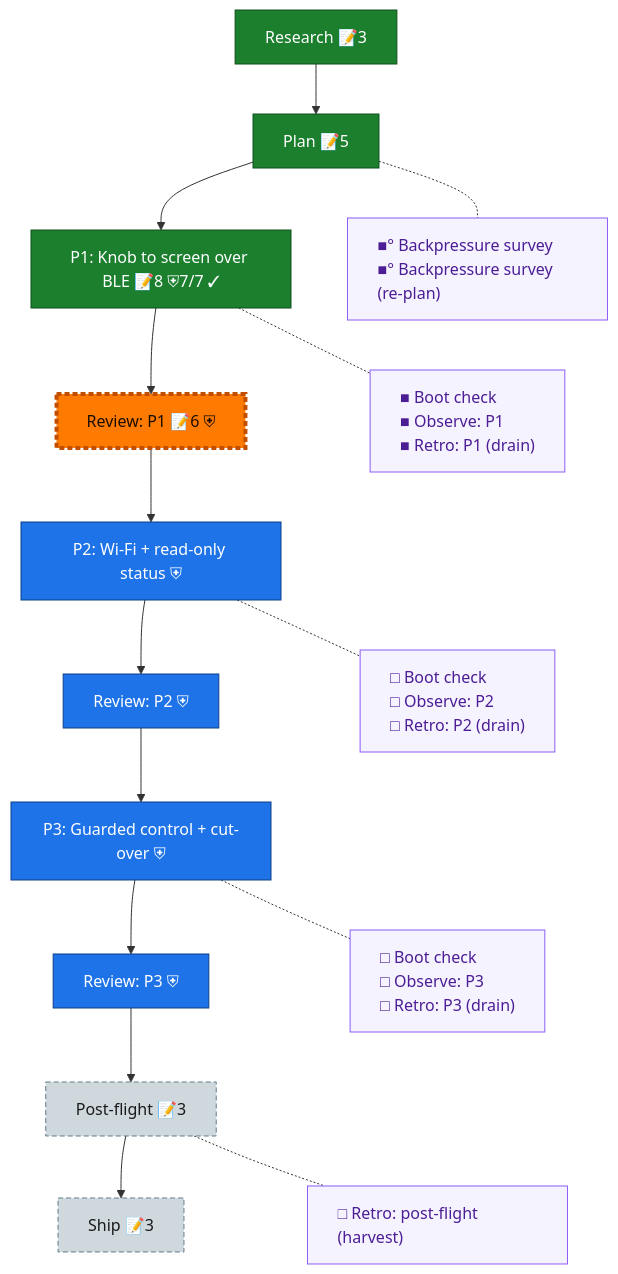
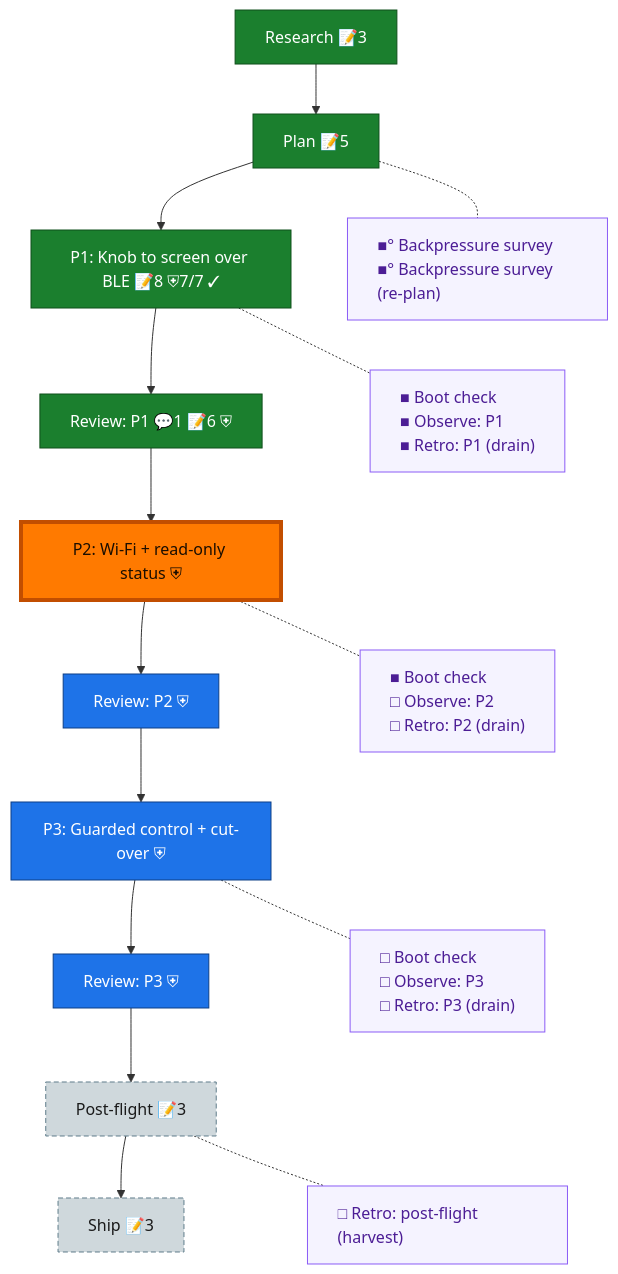
The diagram in docs/plans/002-esp32-bridge/the-flow.md (vaughanknight/bluos-knob), drawn with Mermaid before and after one commit. The commit also changed other lines of this file and 25 other files, not shown here.

First line of the commit message:
feat(firmware): Wi-Fi config store, serial console, read-only BluOS poller, screen v2; just fw-wifi

````diff
--- a/docs/plans/002-esp32-bridge/the-flow.md
+++ b/docs/plans/002-esp32-bridge/the-flow.md
@@ -8,38 +8,39 @@
 ```mermaid
 flowchart TD
     research["Research 📝3"]:::done
     plan["Plan 📝5"]:::done
     phase_1["P1: Knob to screen over BLE 📝8 ⛨7/7 ✓"]:::done
-    review_1["Review: P1 📝6 ⛨"]:::assumed
-    phase_2["P2: Wi-Fi + read-only status ⛨"]:::known
+    review_1["Review: P1 💬1 📝6 ⛨"]:::done
+    phase_2["P2: Wi-Fi + read-only status ⛨"]:::wip
     review_2["Review: P2 ⛨"]:::known
     phase_3["P3: Guarded control + cut-over ⛨"]:::known
     review_3["Review: P3 ⛨"]:::known
     post_flight["Post-flight 📝3"]:::assumed
     ship["Ship 📝3"]:::assumed
 
     research --> plan --> phase_1 --> review_1 --> phase_2 --> review_2 --> phase_3 --> review_3 --> post_flight --> ship
 
     planC["■° Backpressure survey<br/>■° Backpressure survey (re-plan)"]:::chore
     phase_1C["■ Boot check<br/>■ Observe: P1<br/>■ Retro: P1 (drain)"]:::chore
-    phase_2C["□ Boot check<br/>□ Observe: P2<br/>□ Retro: P2 (drain)"]:::chore
+    phase_2C["■ Boot check<br/>□ Observe: P2<br/>□ Retro: P2 (drain)"]:::chore
     phase_3C["□ Boot check<br/>□ Observe: P3<br/>□ Retro: P3 (drain)"]:::chore
     post_flightC["□ Retro: post-flight (harvest)"]:::chore
 
     %% invisible chain holds the gutter boxes in their own column
     planC ~~~ phase_1C ~~~ phase_2C ~~~ phase_3C ~~~ post_flightC
 
     %% dotted links pull each gutter box beside its node
     plan -.- planC
     phase_1 -.- phase_1C
     phase_2 -.- phase_2C
     phase_3 -.- phase_3C
     post_flight -.- post_flightC
 
     classDef done fill:#1B7F2E,stroke:#0F4F1B,color:#fff;
+    classDef wip fill:#43C04A,stroke:#1B7F2E,color:#04210A;
     classDef known fill:#1E73E8,stroke:#0D3F86,color:#fff;
     classDef assumed fill:#CFD8DC,stroke:#607D8B,color:#1a1a1a,stroke-dasharray:5 3;
     classDef chore fill:#f5f3ff,stroke:#8b5cf6,color:#4c1d95,text-align:left;
     classDef current fill:#FF7A00,stroke:#C24E00,color:#1a0e00,stroke-width:4px;
-    class review_1 current;
+    class phase_2 current;
 ```
````
